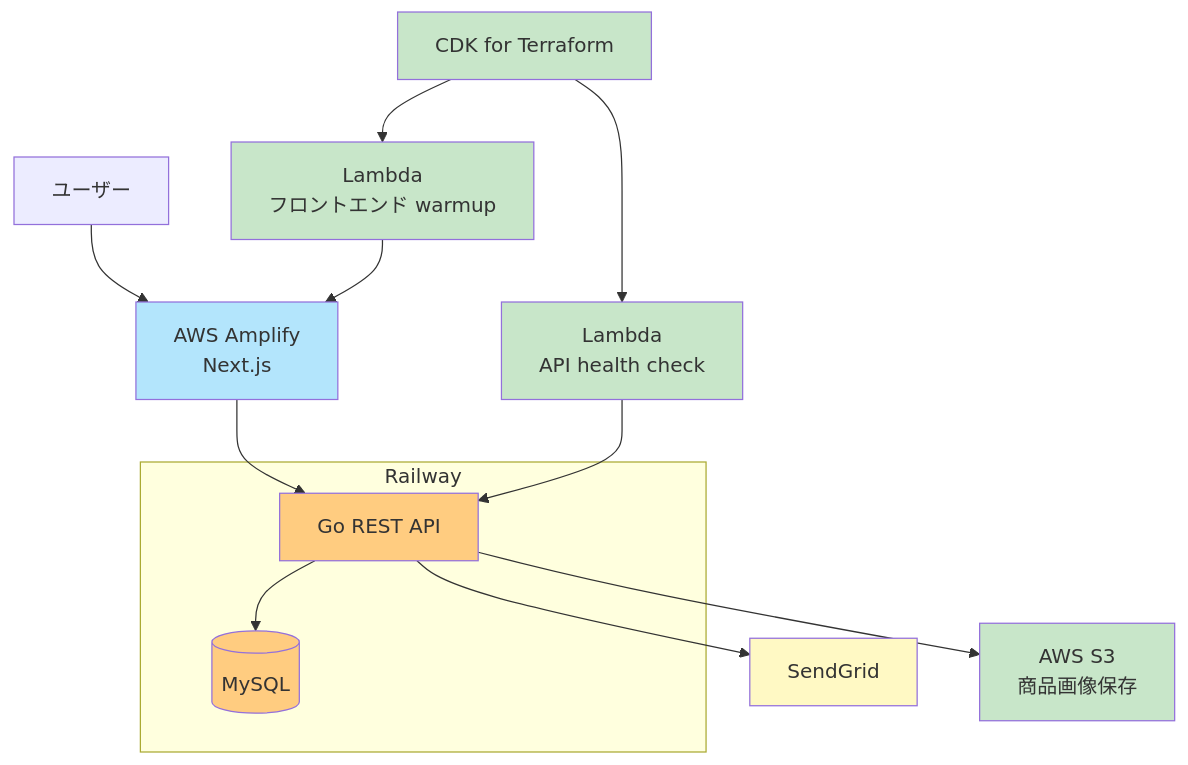
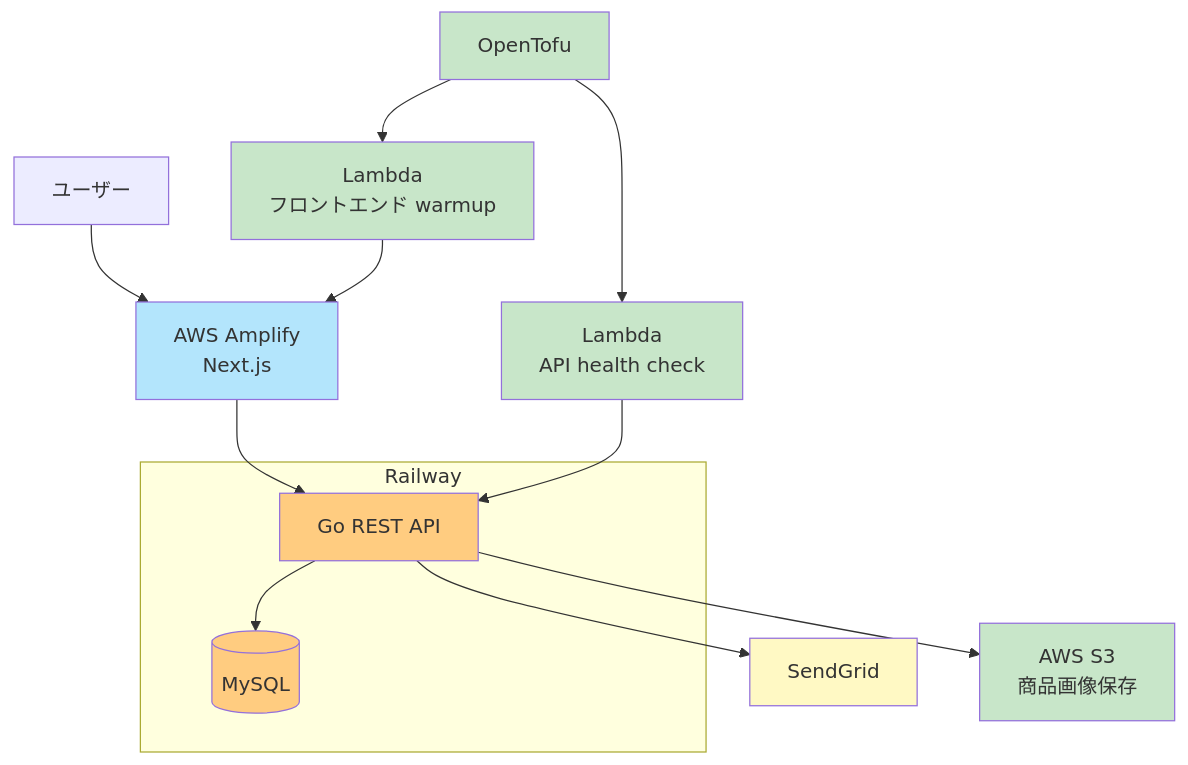
One commit to tokushun109/tku changed the diagram in README.md. Above: the diagram before and after it, drawn with Mermaid. The commit also changed other lines of this file and 9 other files, not shown here.

Commit message:
docs(infra): OpenTofu運用手順を整備

````diff
--- a/README.md
+++ b/README.md
@@ -154,38 +157,38 @@
 ```mermaid
 graph TD
     User[ユーザー]
     SendGrid[SendGrid]
 
     Amplify[AWS Amplify<br/>Next.js]
 
     subgraph Railway[Railway]
         API[Go REST API]
         MySQL[(MySQL)]
     end
 
     S3[AWS S3<br/>商品画像保存]
     Warmup[Lambda<br/>フロントエンド warmup]
     Health[Lambda<br/>API health check]
-    CDK[CDK for Terraform]
+    OpenTofu[OpenTofu]
 
     User --> Amplify
     Amplify --> API
     API --> MySQL
     API --> S3
     API --> SendGrid
 
     Warmup --> Amplify
     Health --> API
-    CDK --> Warmup
-    CDK --> Health
+    OpenTofu --> Warmup
+    OpenTofu --> Health
 
     classDef frontend fill:#b3e5fc
     classDef backend fill:#ffcc80
     classDef infra fill:#c8e6c9
     classDef external fill:#fff9c4
 
     class Amplify frontend
     class API,MySQL backend
-    class S3,Warmup,Health,CDK infra
+    class S3,Warmup,Health,OpenTofu infra
     class SendGrid external
 ```
````
